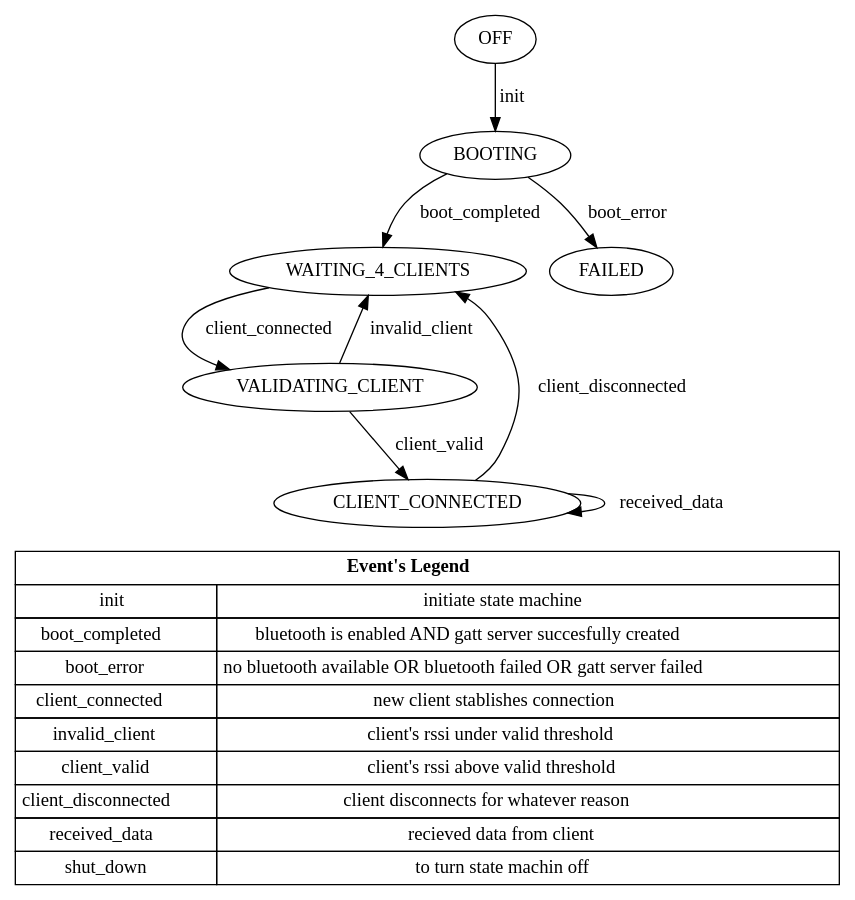
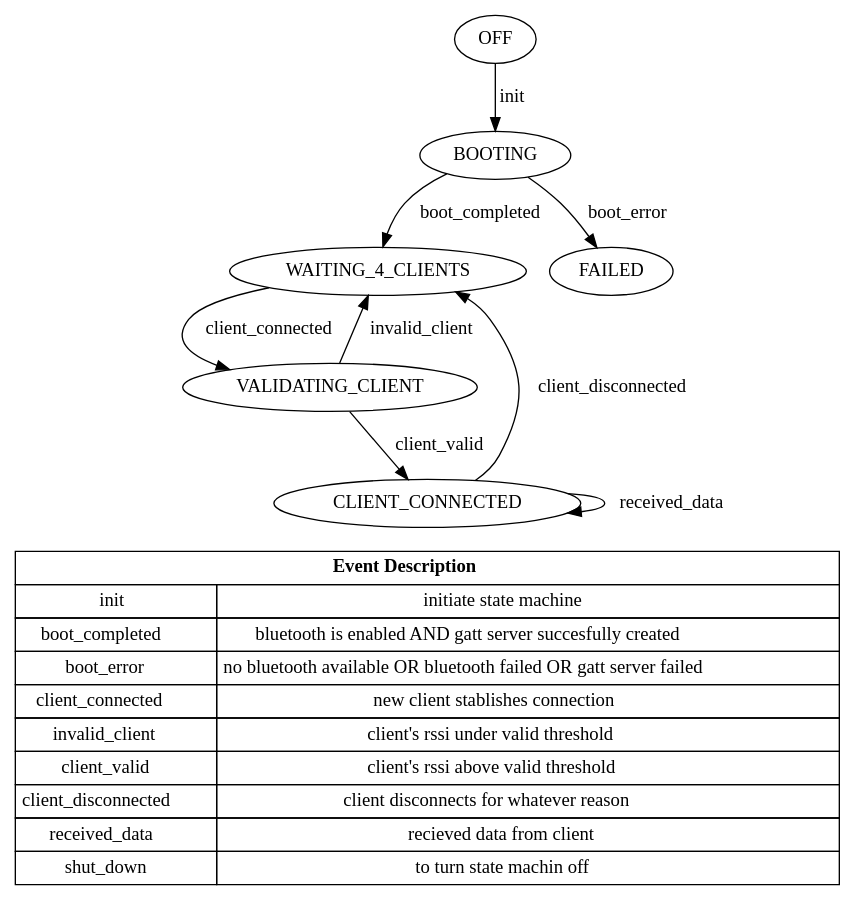
Before and after one commit to cozybit/onboarding: the diagram in docs/peripheral-bt_connection_state_machine.dot, drawn with Graphviz. The commit also changed 1 other file, not shown here.

Commit message:
[onboardee-service] Add state machine diagram for the configuration of the wifi iface.

```diff
--- a/docs/peripheral-bt_connection_state_machine.dot
+++ b/docs/peripheral-bt_connection_state_machine.dot
@@ -1,67 +1,67 @@
 digraph bt_connection_state_machine {
     // Different states
     a [label="OFF"];
     b [label="BOOTING"];
     c [label="WAITING_4_CLIENTS"];
     d [label="VALIDATING_CLIENT"];
     e [label="CLIENT_CONNECTED"];
     f [label="FAILED"];
 
     // Transitions between states
     a -> b [label="init"];
     b -> c [label="boot_completed"];
     b -> f [label="boot_error"];
     c -> d [label="client_connected"];
     d -> c [label="invalid_client"];
     d -> e [label="client_valid"];
     e -> c [label="client_disconnected"];
     e -> e [label="received_data"];
 
     //Legend for events
     { 
         rank = sink;
         Legend [shape=none, margin=0, label=<
             <TABLE BORDER="0" CELLBORDER="1" CELLSPACING="0" CELLPADDING="4">
                 <TR>
-                    <TD COLSPAN="2"><B>Event's Legend</B></TD>
+                    <TD COLSPAN="2"><B>Event Description</B></TD>
                 </TR>
                 <TR>
                     <TD>init</TD>
                     <TD>initiate state machine</TD>
                 </TR>
                 <TR>
                     <TD>boot_completed</TD>
                     <TD>bluetooth is enabled AND gatt server succesfully created</TD>
                 </TR>
                 <TR>
                     <TD>boot_error</TD>
                     <TD>no bluetooth available OR bluetooth failed OR gatt server failed</TD>
                 </TR>
                 <TR>
                     <TD>client_connected</TD>
                     <TD>new client stablishes connection</TD>
                 </TR>
                 <TR>
                     <TD>invalid_client</TD>
                     <TD>client's rssi under valid threshold</TD>
                 </TR>
                 <TR>
                     <TD>client_valid</TD>
                     <TD>client's rssi above valid threshold</TD>
                 </TR>
                 <TR>
                     <TD>client_disconnected</TD>
                     <TD>client disconnects for whatever reason</TD>
                 </TR>
                 <TR>
                     <TD>received_data</TD>
                     <TD>recieved data from client</TD>
                 </TR>
                 <TR>
                     <TD>shut_down</TD>
                     <TD>to turn state machin off</TD>
                 </TR>
             </TABLE>
         >];
     }
 }
```
